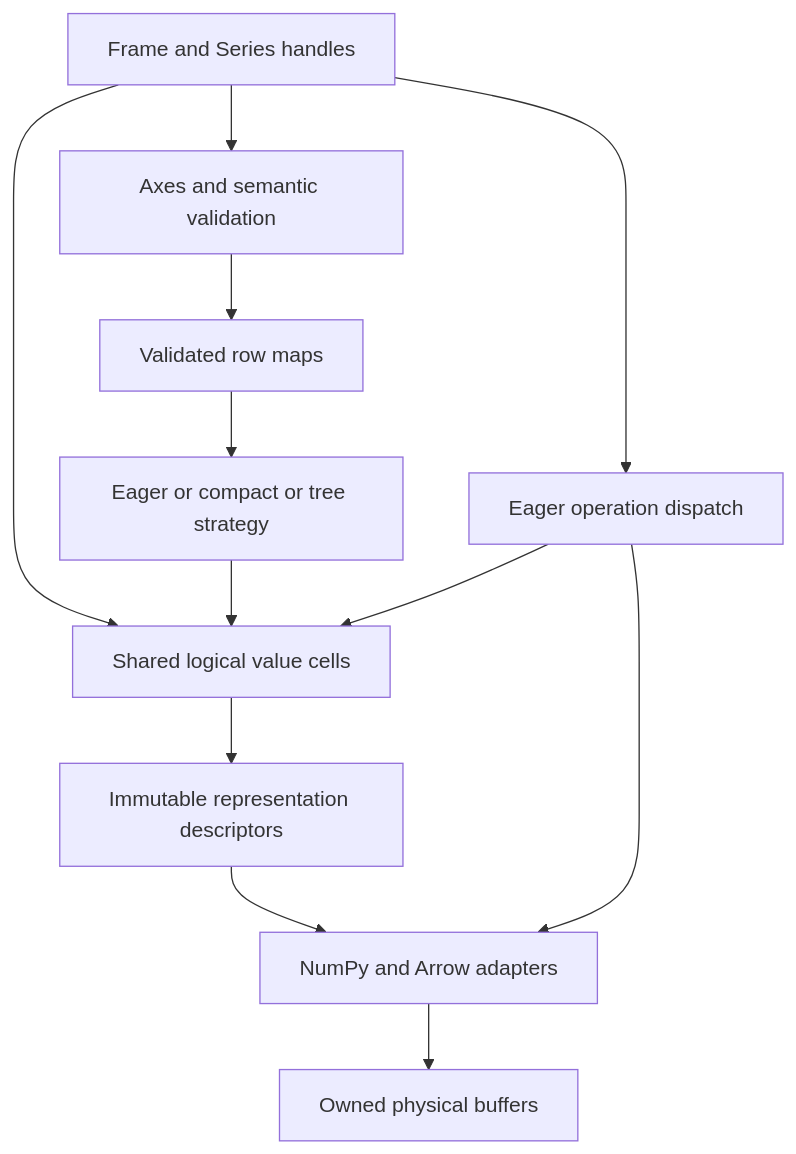
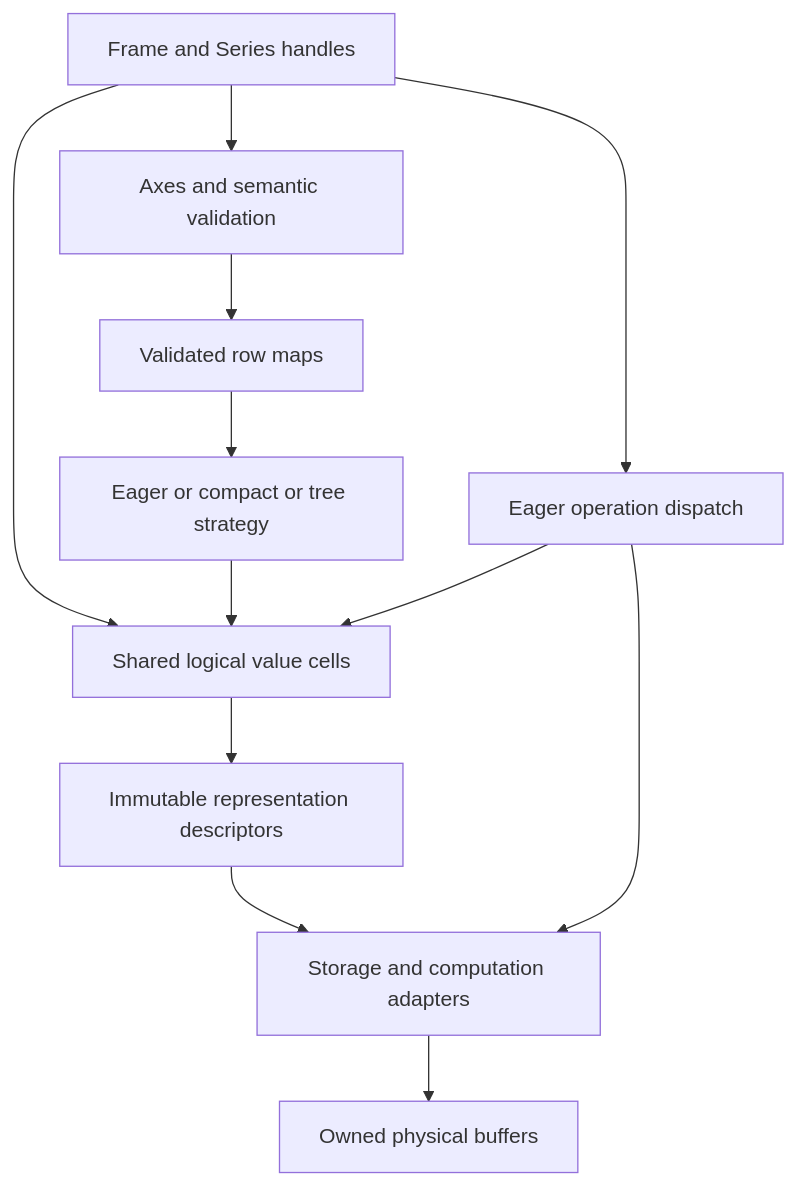
Before and after one commit to fangchenli/pandas: the diagram in experiments/runtime_redesign/prototype.md, drawn with Mermaid. The commit also changed other lines of this file and 4 other files, not shown here.

````diff
--- a/experiments/runtime_redesign/prototype.md
+++ b/experiments/runtime_redesign/prototype.md
@@ -70,14 +70,14 @@
 ```mermaid
 flowchart TD
     F[Frame and Series handles] --> A[Axes and semantic validation]
     F --> V[Shared logical value cells]
     A --> M[Validated row maps]
     M --> S[Eager or compact or tree strategy]
     S --> V
     V --> R[Immutable representation descriptors]
-    R --> B[NumPy and Arrow adapters]
+    R --> B[Storage and computation adapters]
     F --> K[Eager operation dispatch]
     K --> V
     K --> B
     B --> O[Owned physical buffers]
 ```
````
